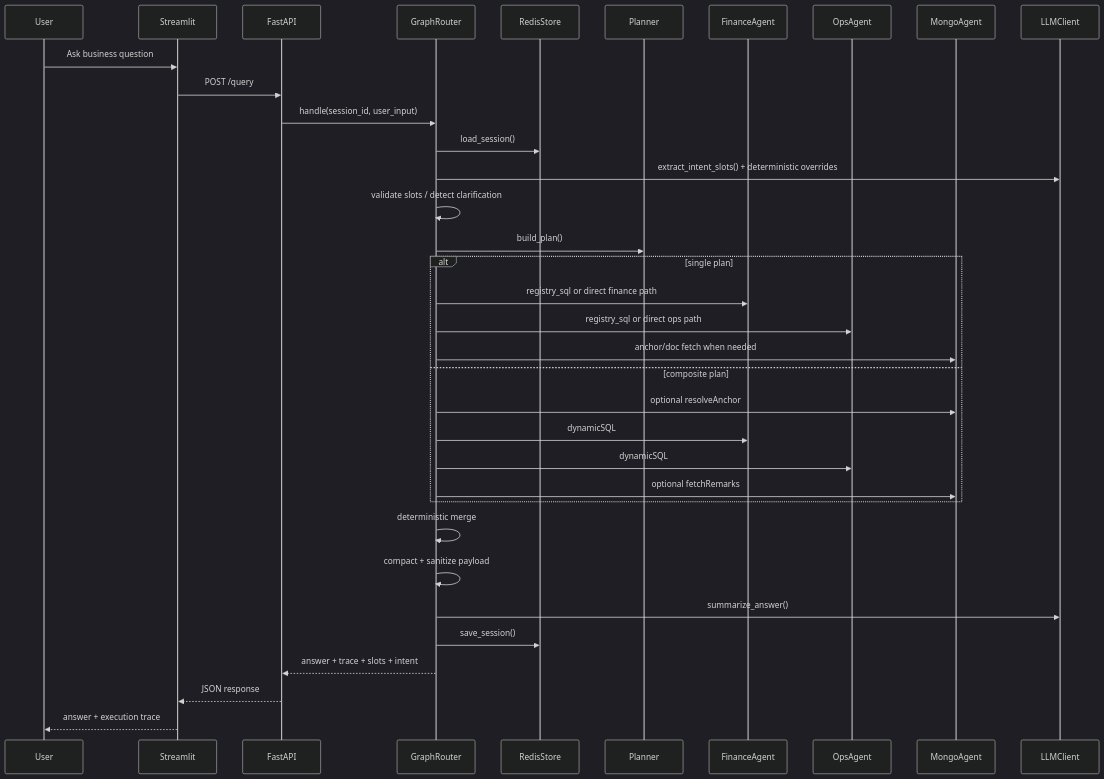
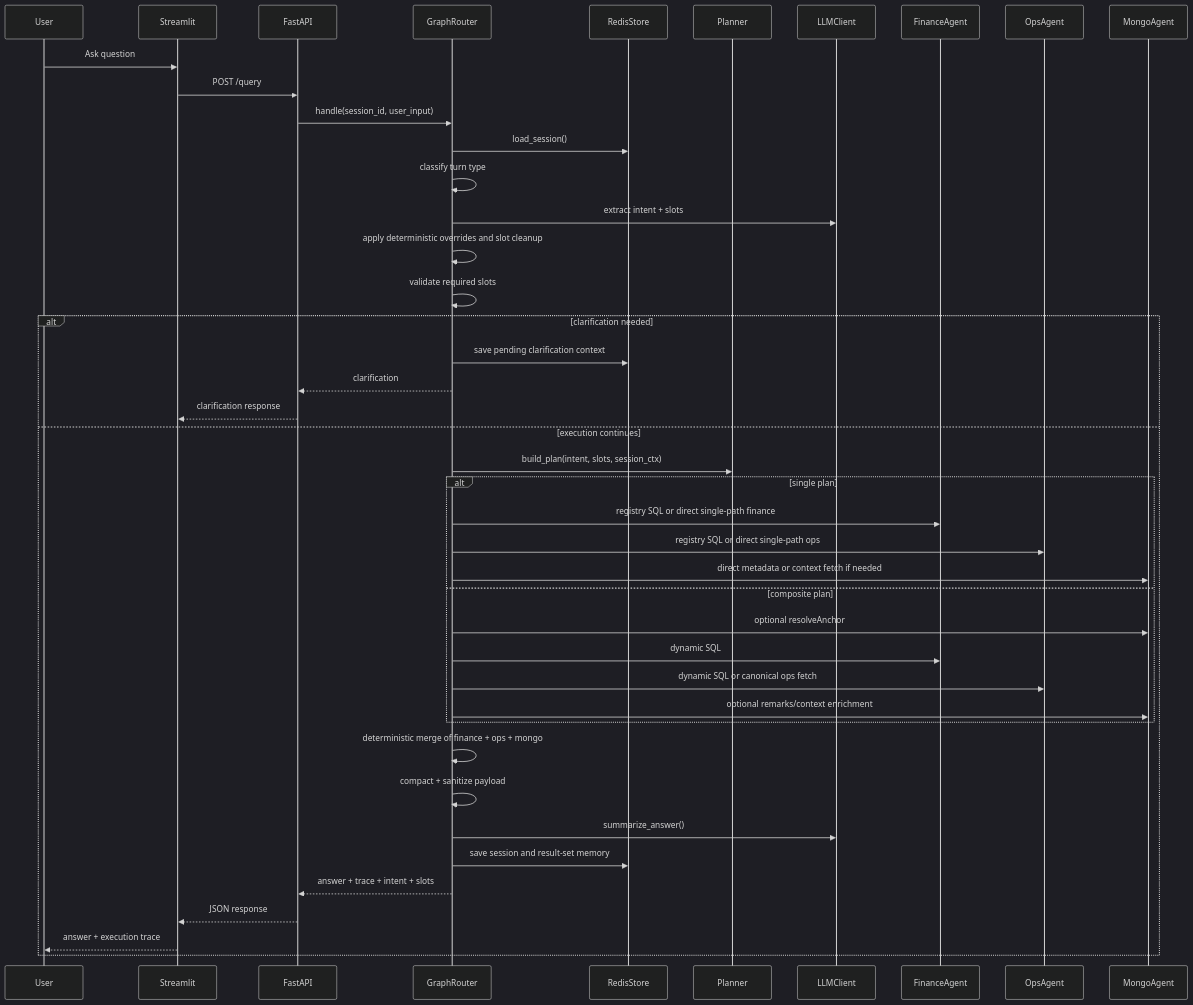
Before and after one commit to VaddeVignesh/kai-agent-amogh-fastapi: the second of 2 diagrams in docs/HIGH_LEVEL_ARCHITECTURE.md, drawn with Mermaid (dark theme). The commit also changed other lines of this file and 18 other files, not shown here.

````diff
--- a/docs/HIGH_LEVEL_ARCHITECTURE.md
+++ b/docs/HIGH_LEVEL_ARCHITECTURE.md
@@ -74,40 +85,50 @@
 ```mermaid
 sequenceDiagram
     participant User
     participant UI as Streamlit
     participant API as FastAPI
     participant Router as GraphRouter
     participant Redis as RedisStore
-    participant Plan as Planner
-    participant F as FinanceAgent
-    participant O as OpsAgent
-    participant M as MongoAgent
+    participant Planner as Planner
     participant LLM as LLMClient
+    participant Finance as FinanceAgent
+    participant Ops as OpsAgent
+    participant Mongo as MongoAgent
 
-    User->>UI: Ask business question
+    User->>UI: Ask question
     UI->>API: POST /query
     API->>Router: handle(session_id, user_input)
+
     Router->>Redis: load_session()
-    Router->>LLM: extract_intent_slots() + deterministic overrides
-    Router->>Router: validate slots / detect clarification
-    Router->>Plan: build_plan()
+    Router->>Router: classify turn type
+    Router->>LLM: extract intent + slots
+    Router->>Router: apply deterministic overrides and slot cleanup
+    Router->>Router: validate required slots
 
-    alt single plan
-        Router->>F: registry_sql or direct finance path
-        Router->>O: registry_sql or direct ops path
-        Router->>M: anchor/doc fetch when needed
-    else composite plan
-        Router->>M: optional resolveAnchor
-        Router->>F: dynamicSQL
-        Router->>O: dynamicSQL
-        Router->>M: optional fetchRemarks
+    alt clarification needed
+        Router->>Redis: save pending clarification context
+        Router-->>API: clarification
+        API-->>UI: clarification response
+    else execution continues
+        Router->>Planner: build_plan(intent, slots, session_ctx)
+
+        alt single plan
+            Router->>Finance: registry SQL or direct single-path finance
+            Router->>Ops: registry SQL or direct single-path ops
+            Router->>Mongo: direct metadata or context fetch if needed
+        else composite plan
+            Router->>Mongo: optional resolveAnchor
+            Router->>Finance: dynamic SQL
+            Router->>Ops: dynamic SQL or canonical ops fetch
+            Router->>Mongo: optional remarks/context enrichment
+        end
+
+        Router->>Router: deterministic merge of finance + ops + mongo
+        Router->>Router: compact + sanitize payload
+        Router->>LLM: summarize_answer()
+        Router->>Redis: save session and result-set memory
+        Router-->>API: answer + trace + intent + slots
+        API-->>UI: JSON response
+        UI-->>User: answer + execution trace
     end
-
-    Router->>Router: deterministic merge
-    Router->>Router: compact + sanitize payload
-    Router->>LLM: summarize_answer()
-    Router->>Redis: save_session()
-    Router-->>API: answer + trace + slots + intent
-    API-->>UI: JSON response
-    UI-->>User: answer + execution trace
 ```
````
